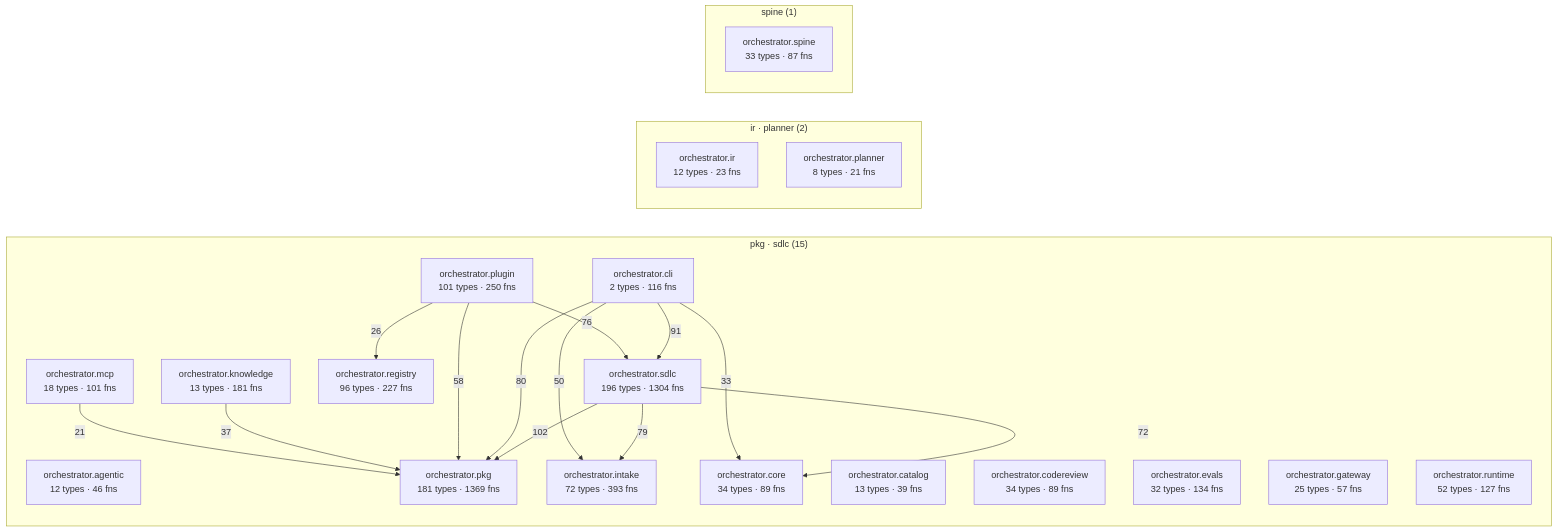
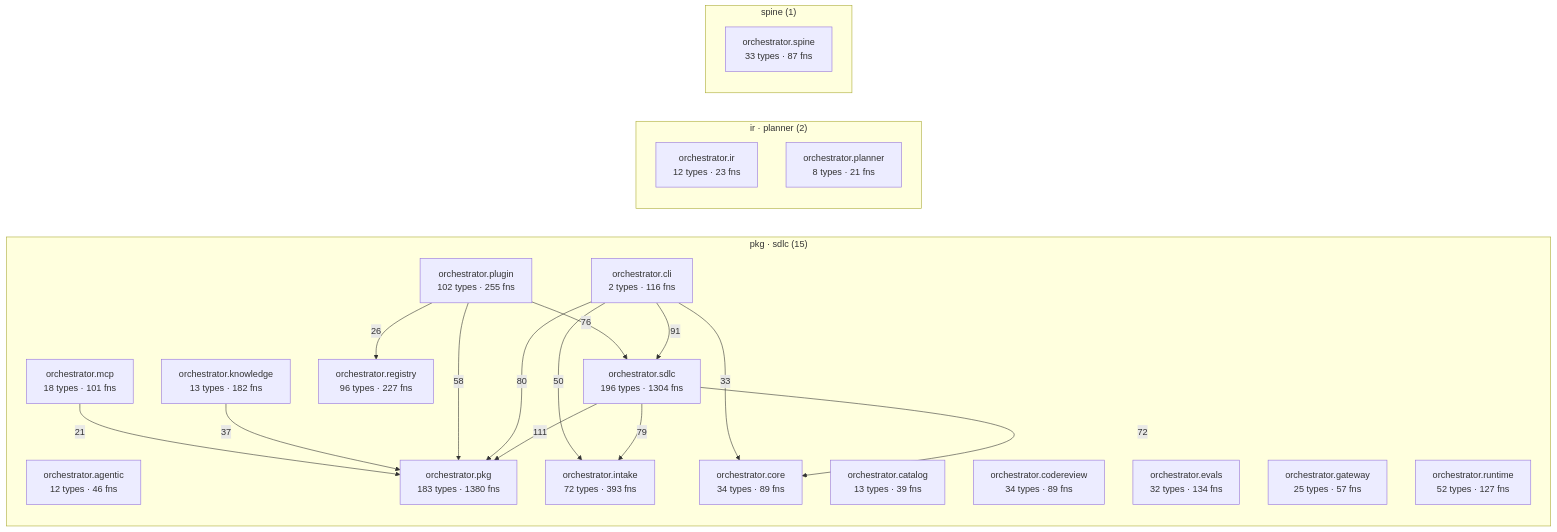
Before and after one commit to synaptixs/spine: the diagram in episteme/architecture.md, drawn with Mermaid. The commit also changed other lines of this file and 47 other files, not shown here.

````diff
--- a/episteme/architecture.md
+++ b/episteme/architecture.md
@@ -56,39 +56,39 @@
 ```mermaid
 flowchart LR
   subgraph c_2["pkg · sdlc (15)"]
     aorchestratoragentic["orchestrator.agentic<br/>12 types · 46 fns"]
     aorchestratorcatalog["orchestrator.catalog<br/>13 types · 39 fns"]
     aorchestratorcli["orchestrator.cli<br/>2 types · 116 fns"]
     aorchestratorcodereview["orchestrator.codereview<br/>34 types · 89 fns"]
     aorchestratorcore["orchestrator.core<br/>34 types · 89 fns"]
     aorchestratorevals["orchestrator.evals<br/>32 types · 134 fns"]
     aorchestratorgateway["orchestrator.gateway<br/>25 types · 57 fns"]
     aorchestratorintake["orchestrator.intake<br/>72 types · 393 fns"]
-    aorchestratorknowledge["orchestrator.knowledge<br/>13 types · 181 fns"]
+    aorchestratorknowledge["orchestrator.knowledge<br/>13 types · 182 fns"]
     aorchestratormcp["orchestrator.mcp<br/>18 types · 101 fns"]
-    aorchestratorpkg["orchestrator.pkg<br/>181 types · 1369 fns"]
-    aorchestratorplugin["orchestrator.plugin<br/>101 types · 250 fns"]
+    aorchestratorpkg["orchestrator.pkg<br/>183 types · 1380 fns"]
+    aorchestratorplugin["orchestrator.plugin<br/>102 types · 255 fns"]
     aorchestratorregistry["orchestrator.registry<br/>96 types · 227 fns"]
     aorchestratorruntime["orchestrator.runtime<br/>52 types · 127 fns"]
     aorchestratorsdlc["orchestrator.sdlc<br/>196 types · 1304 fns"]
   end
   subgraph c_6["ir · planner (2)"]
     aorchestratorir["orchestrator.ir<br/>12 types · 23 fns"]
     aorchestratorplanner["orchestrator.planner<br/>8 types · 21 fns"]
   end
   subgraph c_11["spine (1)"]
     aorchestratorspine["orchestrator.spine<br/>33 types · 87 fns"]
   end
-  aorchestratorsdlc -->|102| aorchestratorpkg
+  aorchestratorsdlc -->|111| aorchestratorpkg
   aorchestratorcli -->|91| aorchestratorsdlc
   aorchestratorcli -->|80| aorchestratorpkg
   aorchestratorsdlc -->|79| aorchestratorintake
   aorchestratorplugin -->|76| aorchestratorsdlc
   aorchestratorsdlc -->|72| aorchestratorcore
   aorchestratorplugin -->|58| aorchestratorpkg
   aorchestratorcli -->|50| aorchestratorintake
   aorchestratorknowledge -->|37| aorchestratorpkg
   aorchestratorcli -->|33| aorchestratorcore
   aorchestratorplugin -->|26| aorchestratorregistry
   aorchestratormcp -->|21| aorchestratorpkg
 ```
````
